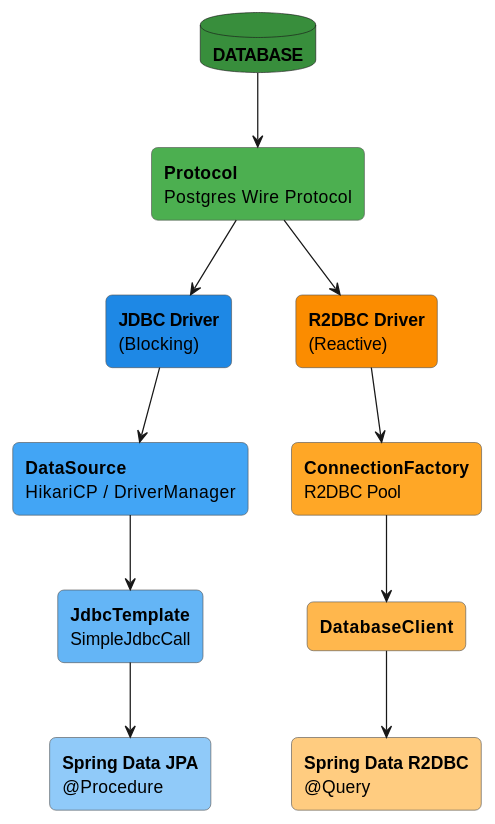
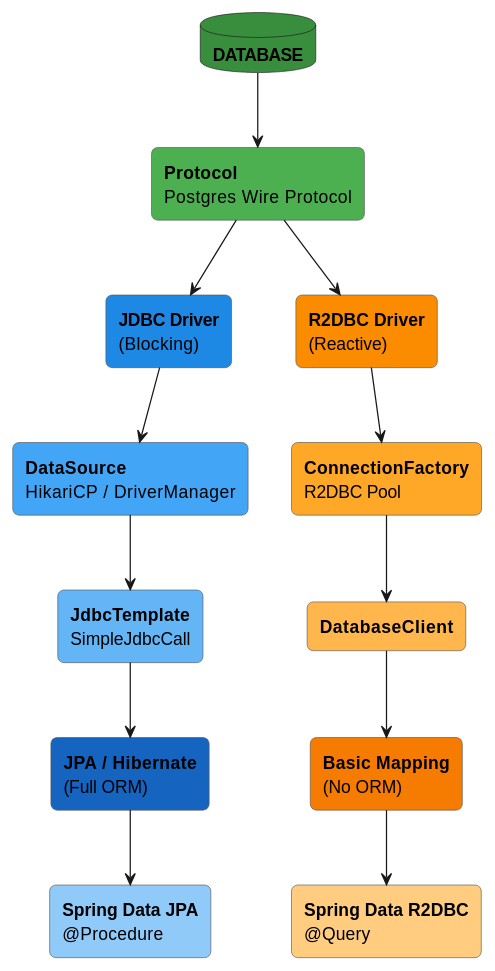
One commit to tushar-sharma/tushar-sharma.github.io changed the diagram in _posts/2026-01-15-calling-stored-procedure-spring-jdbc-vs-r2dbc.md. Above: the diagram before and after it, drawn with PlantUML. The commit also changed other lines of this file, not shown here.

```diff
--- a/_posts/2026-01-15-calling-stored-procedure-spring-jdbc-vs-r2dbc.md
+++ b/_posts/2026-01-15-calling-stored-procedure-spring-jdbc-vs-r2dbc.md
@@ -52,33 +52,38 @@
 @startuml
 skinparam backgroundColor transparent
 skinparam defaultFontName Arial
 skinparam rectangle {
     RoundCorner 10
     BorderColor #555555
 }
 
 database "**DATABASE**" as db #388E3C
 rectangle "**Protocol**\nPostgres Wire Protocol" as protocol #4CAF50
 
 rectangle "**JDBC Driver**\n(Blocking)" as jdbc #1E88E5
 rectangle "**R2DBC Driver**\n(Reactive)" as r2dbc #FB8C00
 
 rectangle "**DataSource**\nHikariCP / DriverManager" as ds #42A5F5
 rectangle "**ConnectionFactory**\nR2DBC Pool" as cf #FFA726
 
 rectangle "**JdbcTemplate**\nSimpleJdbcCall" as jt #64B5F6
 rectangle "**DatabaseClient**" as dc #FFB74D
 
+rectangle "**JPA / Hibernate**\n(Full ORM)" as hibernate #1565C0
+rectangle "**Basic Mapping**\n(No ORM)" as basicMapping #F57C00
+
 rectangle "**Spring Data JPA**\n@Procedure" as jpa #90CAF9
 rectangle "**Spring Data R2DBC**\n@Query" as r2dbcRepo #FFCC80
 
 db -down-> protocol
 protocol -down-> jdbc
 protocol -down-> r2dbc
 jdbc -down-> ds
 r2dbc -down-> cf
 ds -down-> jt
 cf -down-> dc
-jt -down-> jpa
-dc -down-> r2dbcRepo
+jt -down-> hibernate
+dc -down-> basicMapping
+hibernate -down-> jpa
+basicMapping -down-> r2dbcRepo
 @enduml
```
